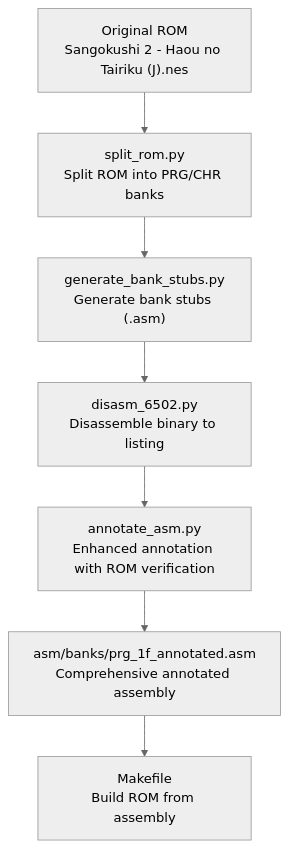
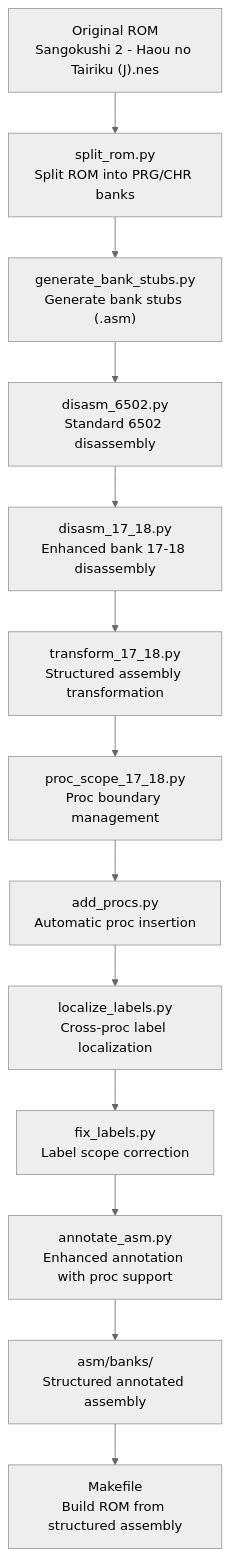
Before and after one commit to rabbyzero/sango2dasm: the first of 4 diagrams in .qoder/repowiki/en/content/Build System and Tools/Code Annotation and Documentation Tools.md, drawn with Mermaid (neutral theme). The commit also changed other lines of this file and 20 other files, not shown here.

````diff
--- a/.qoder/repowiki/en/content/Build System and Tools/Code Annotation and Documentation Tools.md
+++ b/.qoder/repowiki/en/content/Build System and Tools/Code Annotation and Documentation Tools.md
@@ -48,11 +51,17 @@
 ```mermaid
 graph TB
 ROM["Original ROM<br/>Sangokushi 2 - Haou no Tairiku (J).nes"]
 SPLIT["split_rom.py<br/>Split ROM into PRG/CHR banks"]
 STUBS["generate_bank_stubs.py<br/>Generate bank stubs (.asm)"]
-DISASM["disasm_6502.py<br/>Disassemble binary to listing"]
-ANNOTATE["annotate_asm.py<br/>Enhanced annotation with ROM verification"]
-ASM_BANKS["asm/banks/prg_1f_annotated.asm<br/>Comprehensive annotated assembly"]
-BUILD["Makefile<br/>Build ROM from assembly"]
-ROM --> SPLIT --> STUBS --> DISASM --> ANNOTATE --> ASM_BANKS --> BUILD
+DISASM6502["disasm_6502.py<br/>Standard 6502 disassembly"]
+DISASM17_18["disasm_17_18.py<br/>Enhanced bank 17-18 disassembly"]
+TRANSFORM["transform_17_18.py<br/>Structured assembly transformation"]
+PROC_SCOPE["proc_scope_17_18.py<br/>Proc boundary management"]
+ADD_PROCS["add_procs.py<br/>Automatic proc insertion"]
+LOCALIZE["localize_labels.py<br/>Cross-proc label localization"]
+FIX_LABELS["fix_labels.py<br/>Label scope correction"]
+ANNOTATE["annotate_asm.py<br/>Enhanced annotation with proc support"]
+ASM_BANKS["asm/banks/<br/>Structured annotated assembly"]
+BUILD["Makefile<br/>Build ROM from structured assembly"]
+ROM --> SPLIT --> STUBS --> DISASM6502 --> DISASM17_18 --> TRANSFORM --> PROC_SCOPE --> ADD_PROCS --> LOCALIZE --> FIX_LABELS --> ANNOTATE --> ASM_BANKS --> BUILD
 ```
````
